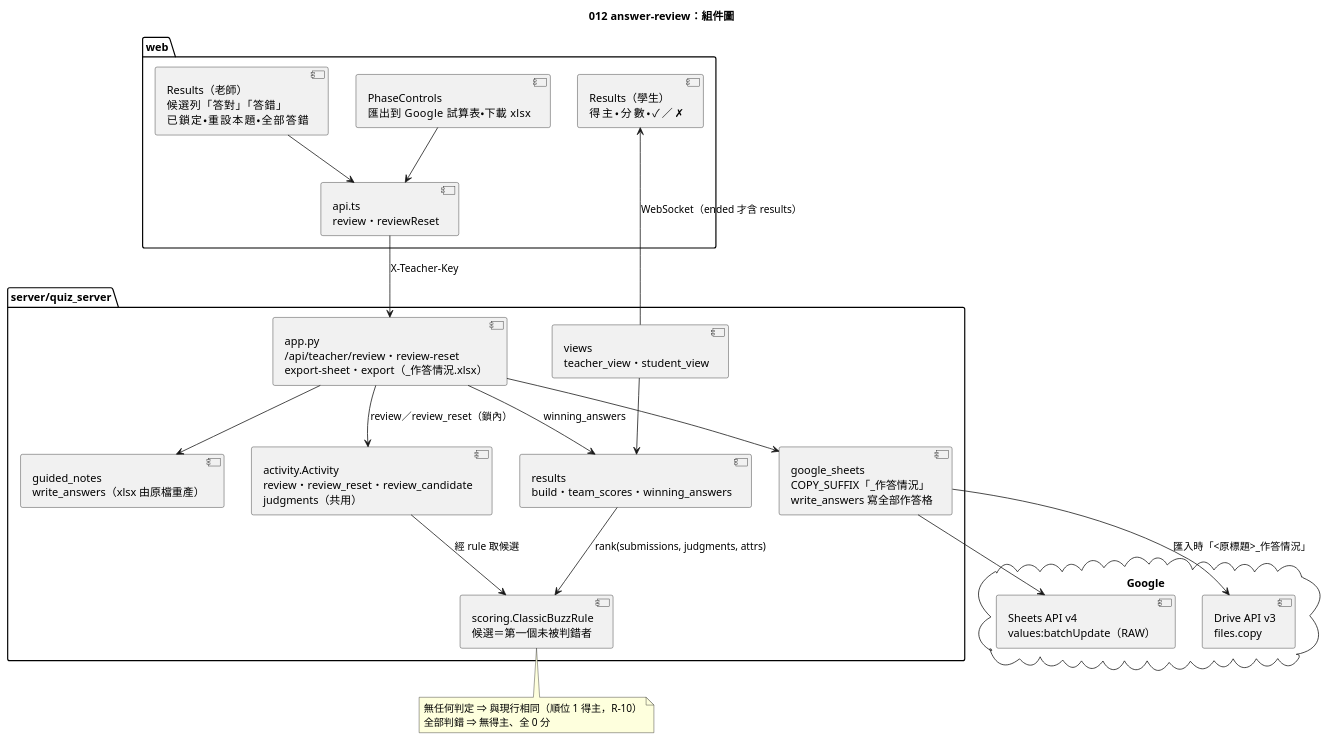
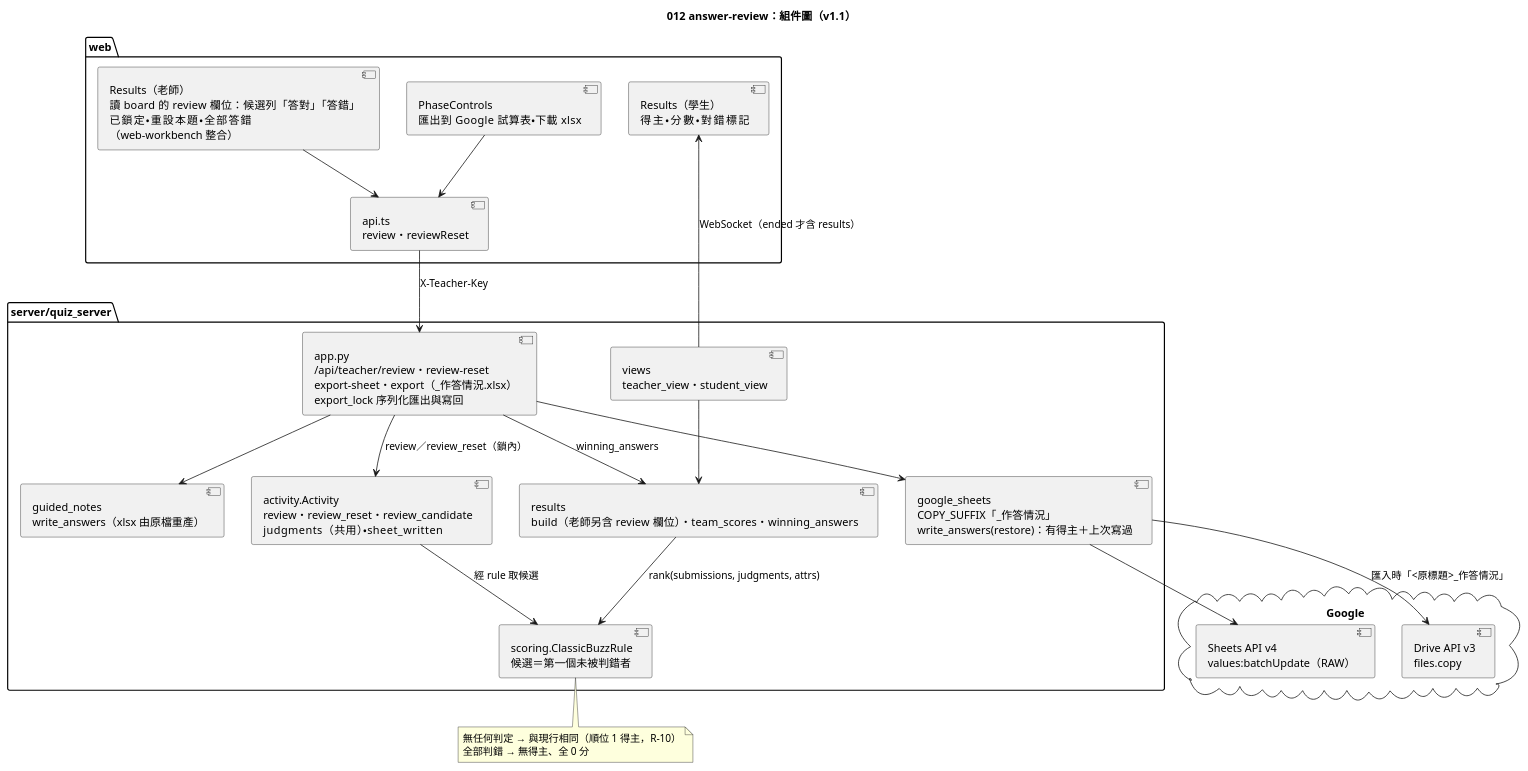
The diagram in diagrams/012-answer-review-component.puml (yue083139/software_fin-speckit), drawn with PlantUML before and after one commit. The commit also changed 28 other files, not shown here.

First line of the commit message:
feat(server,contracts): [CORE] 012-answer-review v1.1——經典搶答結束後依順位答對／答錯檢查，匯出寫選定答案，副本改名「_作答情況」

```diff
--- a/diagrams/012-answer-review-component.puml
+++ b/diagrams/012-answer-review-component.puml
@@ -1,43 +1,43 @@
 @startuml 012-answer-review-component
-title 012 answer-review：組件圖
+title 012 answer-review：組件圖（v1.1）
 
 package "web" {
-  [Results（老師）\n候選列「答對」「答錯」\n已鎖定・重設本題・全部答錯] as RT
-  [Results（學生）\n得主・分數・✓／✗] as RS
+  [Results（老師）\n讀 board 的 review 欄位：候選列「答對」「答錯」\n已鎖定・重設本題・全部答錯\n（web-workbench 整合）] as RT
+  [Results（學生）\n得主・分數・對錯標記] as RS
   [PhaseControls\n匯出到 Google 試算表・下載 xlsx] as PC
   [api.ts\nreview・reviewReset] as Api
 }
 
 package "server/quiz_server" {
-  [app.py\n/api/teacher/review・review-reset\nexport-sheet・export（_作答情況.xlsx）] as App
-  [activity.Activity\nreview・review_reset・review_candidate\njudgments（共用）] as Act
+  [app.py\n/api/teacher/review・review-reset\nexport-sheet・export（_作答情況.xlsx）\nexport_lock 序列化匯出與寫回] as App
+  [activity.Activity\nreview・review_reset・review_candidate\njudgments（共用）・sheet_written] as Act
   [scoring.ClassicBuzzRule\n候選＝第一個未被判錯者] as Rule
-  [results\nbuild・team_scores・winning_answers] as Res
+  [results\nbuild（老師另含 review 欄位）・team_scores・winning_answers] as Res
   [views\nteacher_view・student_view] as Views
-  [google_sheets\nCOPY_SUFFIX「_作答情況」\nwrite_answers 寫全部作答格] as GS
+  [google_sheets\nCOPY_SUFFIX「_作答情況」\nwrite_answers(restore)：有得主＋上次寫過] as GS
   [guided_notes\nwrite_answers（xlsx 由原檔重產）] as Notes
 }
 
 cloud "Google" {
   [Sheets API v4\nvalues:batchUpdate（RAW）] as G_Sheets
   [Drive API v3\nfiles.copy] as G_Drive
 }
 
 RT --> Api
 PC --> Api
 Api --> App : X-Teacher-Key
 App --> Act : review／review_reset（鎖內）
 Act --> Rule : 經 rule 取候選
 Res --> Rule : rank(submissions, judgments, attrs)
 Views --> Res
 App --> Res : winning_answers
 App --> GS
 App --> Notes
 GS --> G_Sheets
 GS --> G_Drive : 匯入時「<原標題>_作答情況」
 Views --> RS : WebSocket（ended 才含 results）
 note bottom of Rule
-  無任何判定 ⇒ 與現行相同（順位 1 得主，R-10）
-  全部判錯 ⇒ 無得主、全 0 分
+  無任何判定 → 與現行相同（順位 1 得主，R-10）
+  全部判錯 → 無得主、全 0 分
 end note
 @enduml
```
